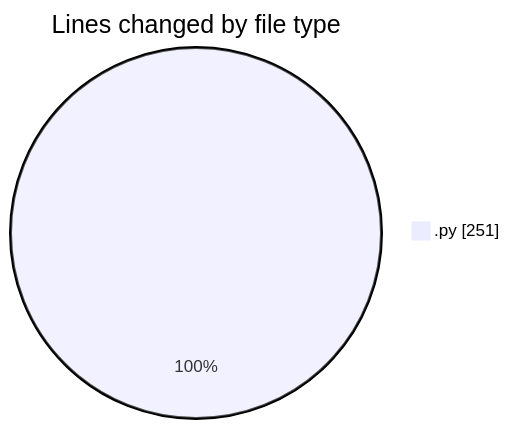
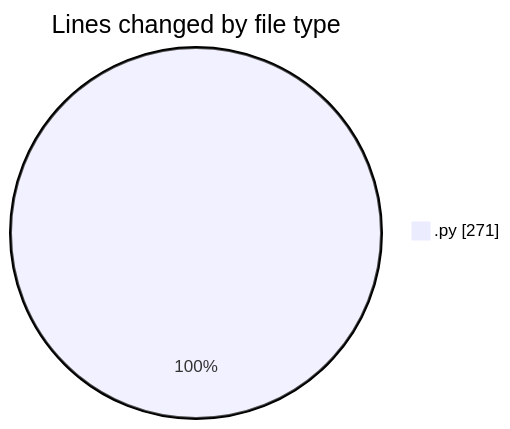
One commit to julien-gomy/code-tracking changed the first of 2 diagrams in 2025-11-21/eventscop-api-guide__workspace_/README.md. Above: the diagram before and after it, drawn with Mermaid. The commit also changed other lines of this file and 1 other file, not shown here.

````diff
--- a/2025-11-21/eventscop-api-guide__workspace_/README.md
+++ b/2025-11-21/eventscop-api-guide__workspace_/README.md
@@ -23,5 +24,5 @@
 ```mermaid
 pie showData
 title Lines changed by file type
-".py" : 251
+".py" : 271
 ```
````
